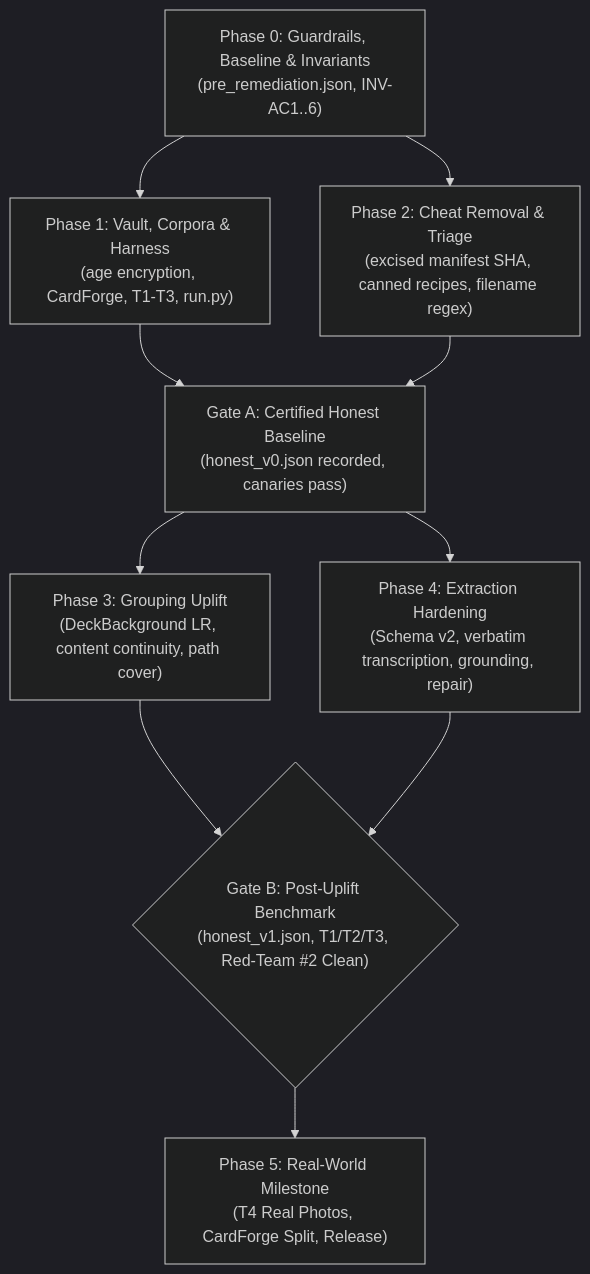
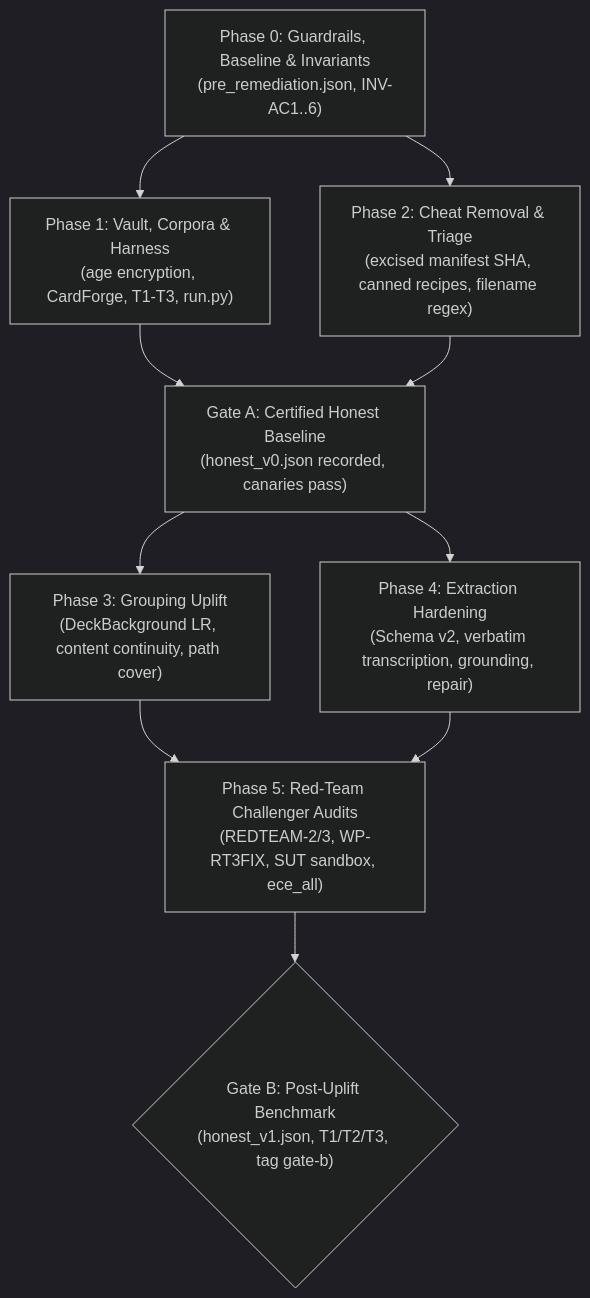
One commit to devicenul/recipeboxer changed the diagram in docs/ROADMAP.md. Above: the diagram before and after it, drawn with Mermaid (dark theme). The commit also changed other lines of this file and 4 other files, not shown here.

Commit message:
Merge roadmaps: docs/ROADMAP.md canonical (M1-M16 history with superseded notes, remediation, remaining work, deferred maintainer setup, waiting-on-user)

````diff
--- a/docs/ROADMAP.md
+++ b/docs/ROADMAP.md
@@ -11,12 +48,12 @@
 ```mermaid
 flowchart TD
     P0["Phase 0: Guardrails, Baseline & Invariants\n(pre_remediation.json, INV-AC1..6)"] --> P1["Phase 1: Vault, Corpora & Harness\n(age encryption, CardForge, T1-T3, run.py)"]
     P0 --> P2["Phase 2: Cheat Removal & Triage\n(excised manifest SHA, canned recipes, filename regex)"]
     P1 --> GA["Gate A: Certified Honest Baseline\n(honest_v0.json recorded, canaries pass)"]
     P2 --> GA
     GA --> P3["Phase 3: Grouping Uplift\n(DeckBackground LR, content continuity, path cover)"]
     GA --> P4["Phase 4: Extraction Hardening\n(Schema v2, verbatim transcription, grounding, repair)"]
-    P3 --> GB{"Gate B: Post-Uplift Benchmark\n(honest_v1.json, T1/T2/T3, Red-Team #2 Clean)"}
-    P4 --> GB
-    GB --> P5["Phase 5: Real-World Milestone\n(T4 Real Photos, CardForge Split, Release)"]
+    P3 --> P5["Phase 5: Red-Team Challenger Audits\n(REDTEAM-2/3, WP-RT3FIX, SUT sandbox, ece_all)"]
+    P4 --> P5
+    P5 --> GB{"Gate B: Post-Uplift Benchmark\n(honest_v1.json, T1/T2/T3, tag gate-b)"}
 ```
````
